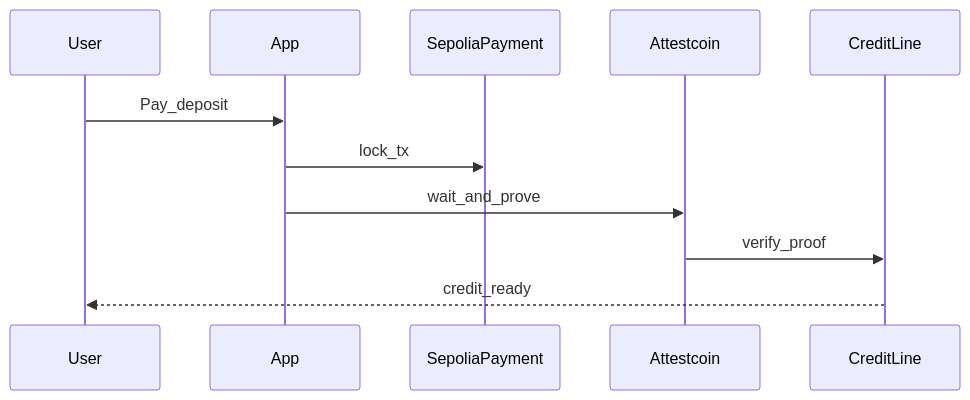
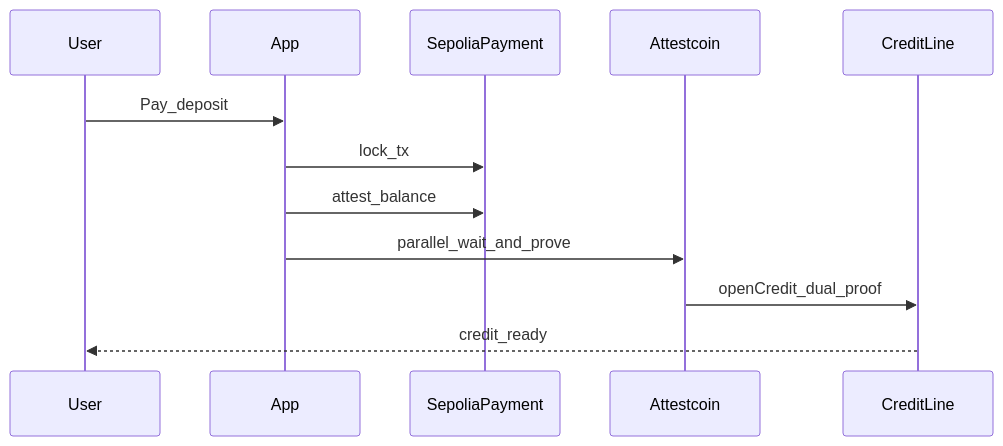
Before and after one commit to thesithunyein/spark: the second of 2 diagrams in docs/architecture.md, drawn with Mermaid. The commit also changed other lines of this file and 9 other files, not shown here.

````diff
--- a/docs/architecture.md
+++ b/docs/architecture.md
@@ -42,13 +42,14 @@
 ```mermaid
 sequenceDiagram
   participant U as User
   participant App as App
   participant S as SepoliaPayment
   participant A as Attestcoin
   participant C as CreditLine
   U->>App: Pay_deposit
   App->>S: lock_tx
-  App->>A: wait_and_prove
-  A->>C: verify_proof
+  App->>S: attest_balance
+  App->>A: parallel_wait_and_prove
+  A->>C: openCredit_dual_proof
   C-->>U: credit_ready
 ```
````
